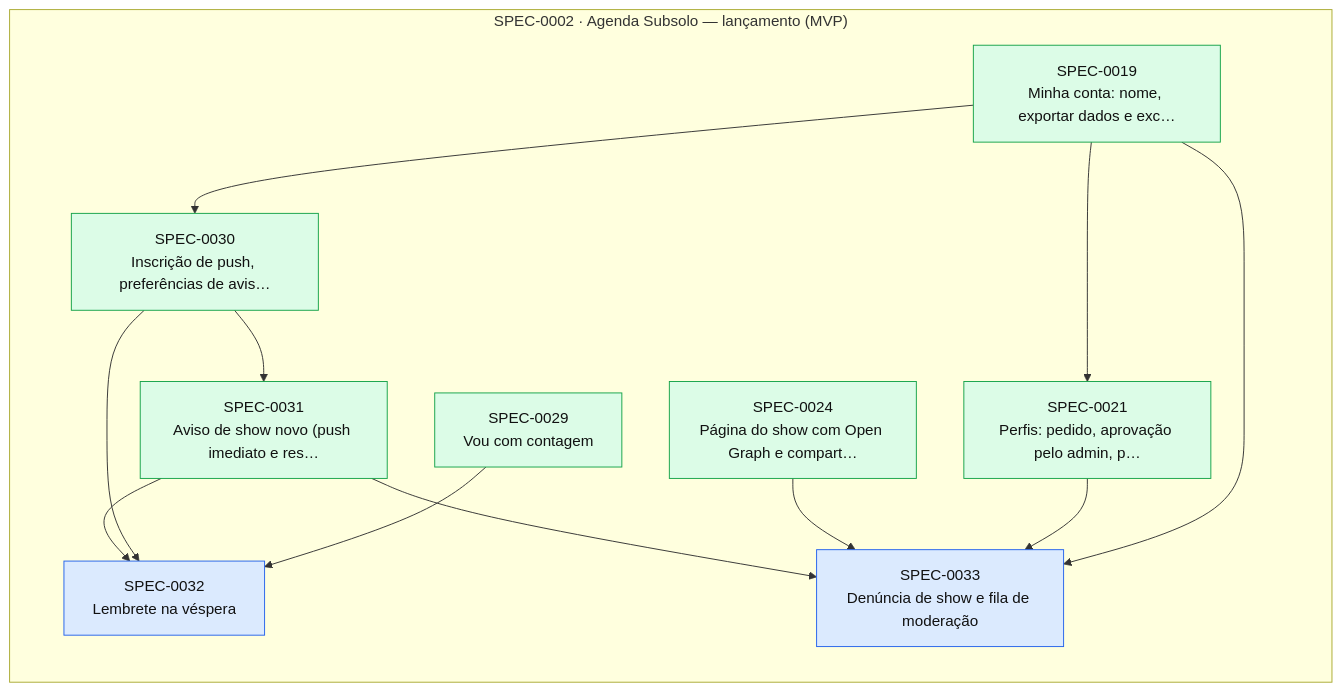
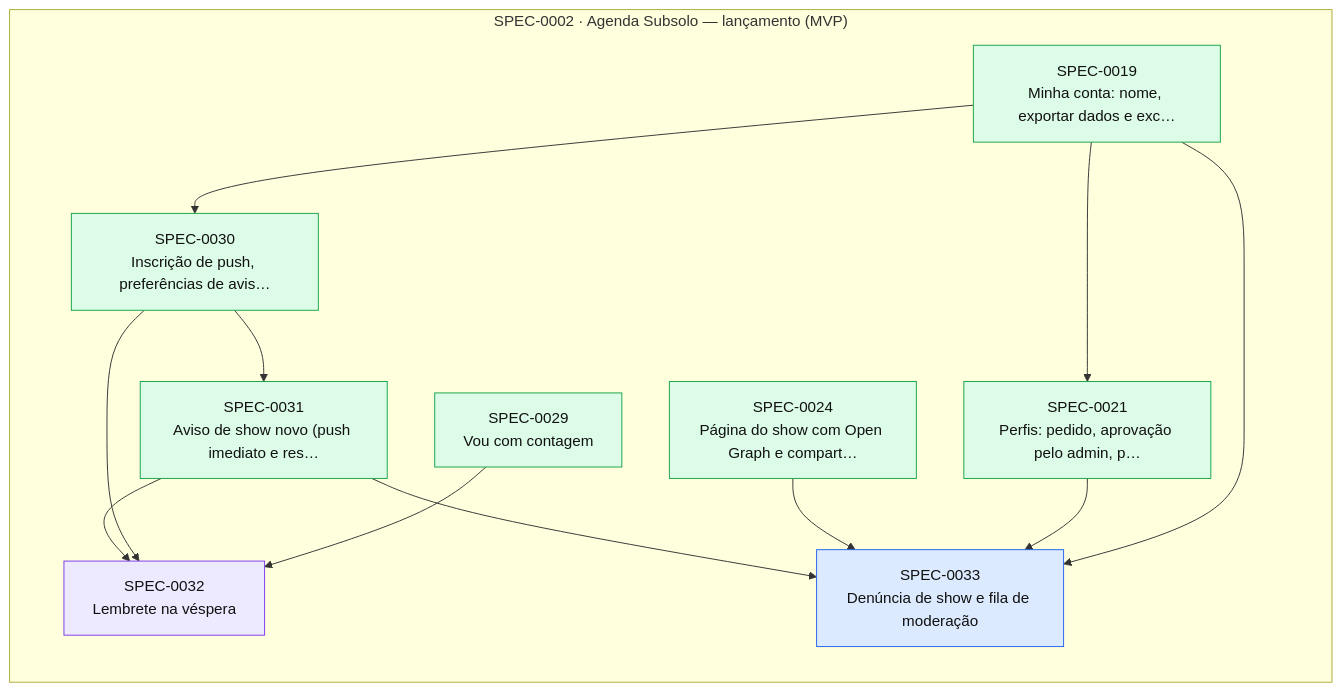
The diagram in docs/specs/INDEX.md (thomasravache/subsolo), drawn with Mermaid before and after one commit. The commit also changed other lines of this file and 1 other file, not shown here.

First line of the commit message:
docs(sdd): amend SPEC-0032 contract v2 and start execution

````diff
--- a/docs/specs/INDEX.md
+++ b/docs/specs/INDEX.md
@@ -67,28 +67,28 @@
 ```mermaid
 flowchart LR
   subgraph E0002["SPEC-0002 · Agenda Subsolo — lançamento (MVP)"]
     S0019["SPEC-0019<br/>Minha conta: nome, exportar dados e exc…"]:::implemented
     S0021["SPEC-0021<br/>Perfis: pedido, aprovação pelo admin, p…"]:::implemented
     S0024["SPEC-0024<br/>Página do show com Open Graph e compart…"]:::implemented
     S0029["SPEC-0029<br/>Vou com contagem"]:::implemented
     S0030["SPEC-0030<br/>Inscrição de push, preferências de avis…"]:::implemented
     S0031["SPEC-0031<br/>Aviso de show novo (push imediato e res…"]:::implemented
-    S0032["SPEC-0032<br/>Lembrete na véspera"]:::approved
+    S0032["SPEC-0032<br/>Lembrete na véspera"]:::inprogress
     S0033["SPEC-0033<br/>Denúncia de show e fila de moderação"]:::approved
   end
   S0019 --> S0021
   S0019 --> S0030
   S0030 --> S0031
   S0029 --> S0032
   S0030 --> S0032
   S0031 --> S0032
   S0019 --> S0033
   S0021 --> S0033
   S0024 --> S0033
   S0031 --> S0033
   classDef proposed fill:#fef3c7,stroke:#d97706,color:#111
   classDef approved fill:#dbeafe,stroke:#2563eb,color:#111
   classDef inprogress fill:#ede9fe,stroke:#7c3aed,color:#111
   classDef implemented fill:#dcfce7,stroke:#16a34a,color:#111
   classDef deprecated fill:#f3f4f6,stroke:#9ca3af,color:#6b7280
 ```
````
